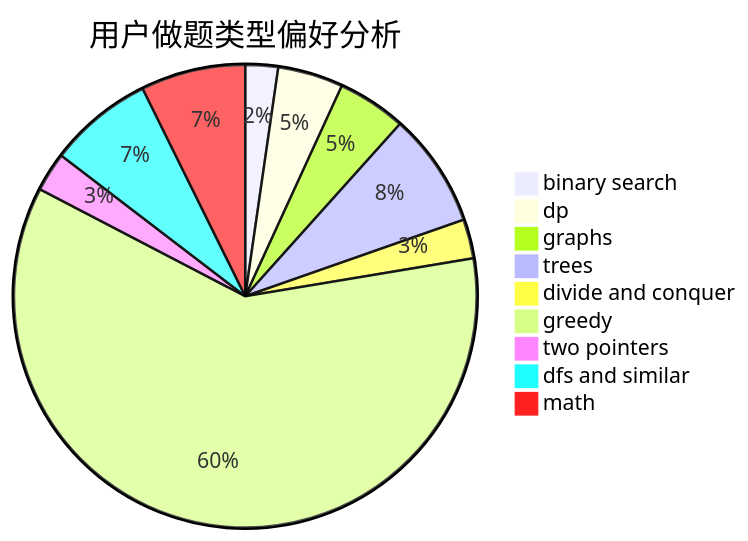
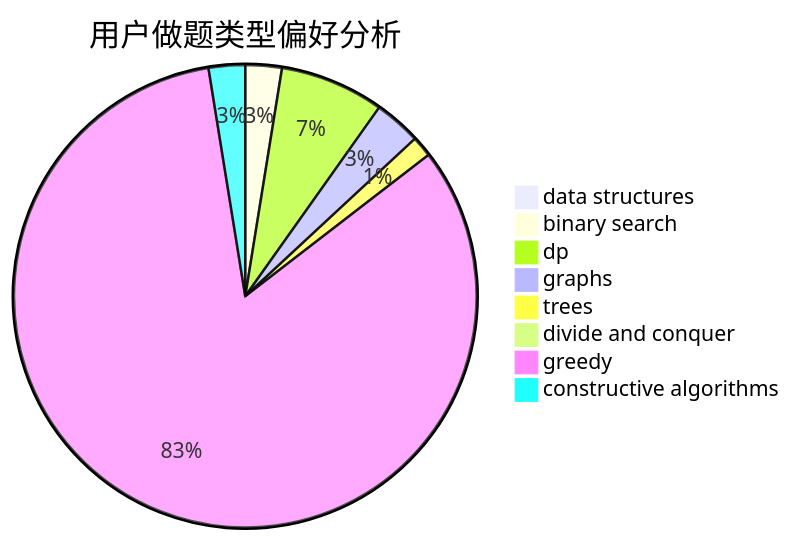
The second of 3 diagrams in docs/user/u1056.md (sherpahu/cfrs.github.io), drawn with Mermaid before and after one commit. The commit also changed other lines of this file and 2775 other files, not shown here.

````diff
--- a/docs/user/u1056.md
+++ b/docs/user/u1056.md
@@ -23,12 +23,11 @@
 ```mermaid
 pie title 用户做题类型偏好分析
-    "binary search" :  10
+    "data structures" :  0
+    "binary search" :  7
     "dp" :  20
-    "graphs" :  21
-    "trees" :  35
-    "divide and conquer" :  12
-    "greedy" :  264
-    "two pointers" :  12
-    "dfs and similar" :  32
-    "math" :  32
+    "graphs" :  9
+    "trees" :  4
+    "divide and conquer" :  1
+    "greedy" :  228
+    "constructive algorithms" :  7
 ```
````
